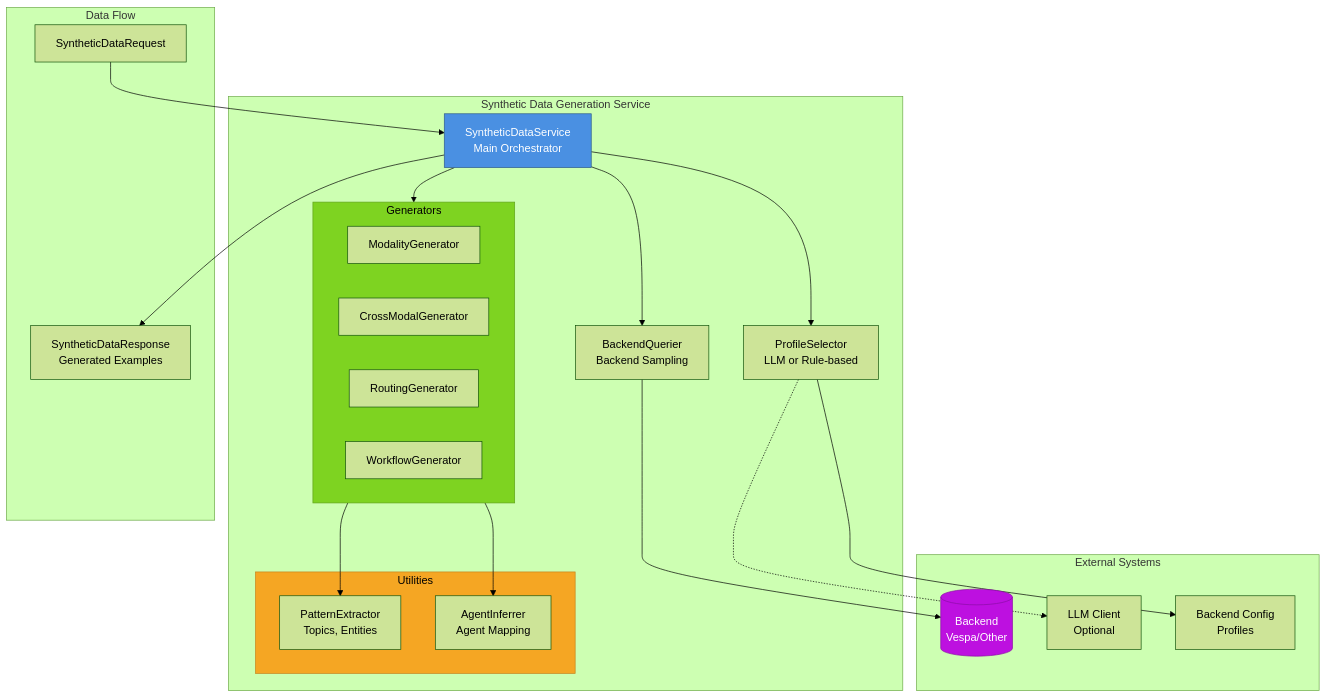
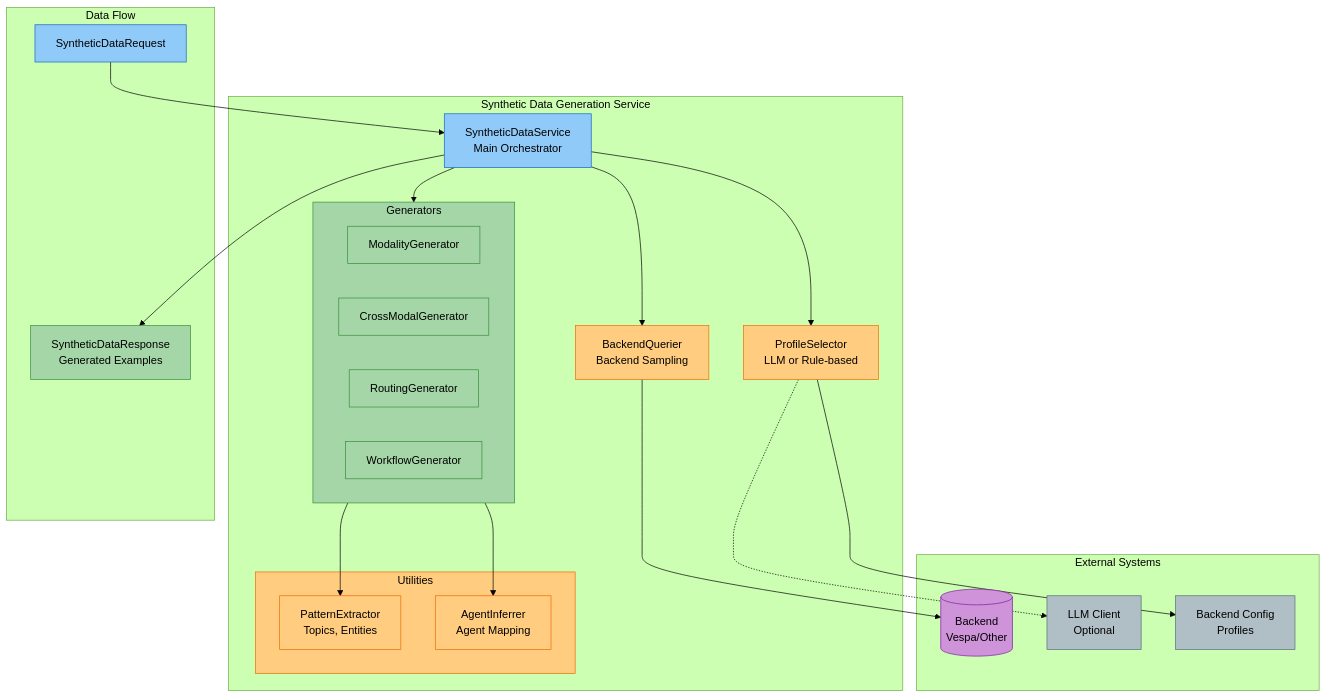
Before and after one commit to amit-jain/cogniverse: the first of 2 diagrams in docs/synthetic-data-generation.md, drawn with Mermaid (forest theme). The commit also changed other lines of this file and 83 other files, not shown here.

First line of the commit message:
Fix documentation veracity, formatting, and diagrams across all modules

````diff
--- a/docs/synthetic-data-generation.md
+++ b/docs/synthetic-data-generation.md
@@ -24,48 +24,60 @@
 ```mermaid
-graph TB
-    subgraph "Synthetic Data Generation Service"
-        Service[SyntheticDataService<br/>Main Orchestrator]
+flowchart TB
+    subgraph SyntheticService["<span style='color:#000'>Synthetic Data Generation Service</span>"]
+        Service["<span style='color:#000'>SyntheticDataService<br/>Main Orchestrator</span>"]
 
         Service --> ProfileSelector
         Service --> BackendQuerier
         Service --> Generators
 
-        ProfileSelector[ProfileSelector<br/>LLM or Rule-based]
-        BackendQuerier[BackendQuerier<br/>Backend Sampling]
+        ProfileSelector["<span style='color:#000'>ProfileSelector<br/>LLM or Rule-based</span>"]
+        BackendQuerier["<span style='color:#000'>BackendQuerier<br/>Backend Sampling</span>"]
 
-        subgraph "Generators"
-            ModalityGen[ModalityGenerator]
-            CrossModalGen[CrossModalGenerator]
-            RoutingGen[RoutingGenerator]
-            WorkflowGen[WorkflowGenerator]
+        subgraph Generators["<span style='color:#000'>Generators</span>"]
+            ModalityGen["<span style='color:#000'>ModalityGenerator</span>"]
+            CrossModalGen["<span style='color:#000'>CrossModalGenerator</span>"]
+            RoutingGen["<span style='color:#000'>RoutingGenerator</span>"]
+            WorkflowGen["<span style='color:#000'>WorkflowGenerator</span>"]
         end
 
-        subgraph "Utilities"
-            PatternExtractor[PatternExtractor<br/>Topics, Entities]
-            AgentInferrer[AgentInferrer<br/>Agent Mapping]
+        subgraph Utilities["<span style='color:#000'>Utilities</span>"]
+            PatternExtractor["<span style='color:#000'>PatternExtractor<br/>Topics, Entities</span>"]
+            AgentInferrer["<span style='color:#000'>AgentInferrer<br/>Agent Mapping</span>"]
         end
 
         Generators --> PatternExtractor
         Generators --> AgentInferrer
     end
 
-    subgraph "External Systems"
-        Backend[(Backend<br/>Vespa/Other)]
-        LLM[LLM Client<br/>Optional]
-        BackendConfig[Backend Config<br/>Profiles]
+    subgraph ExternalSystems["<span style='color:#000'>External Systems</span>"]
+        Backend[("<span style='color:#000'>Backend<br/>Vespa/Other</span>")]
+        LLM["<span style='color:#000'>LLM Client<br/>Optional</span>"]
+        BackendConfig["<span style='color:#000'>Backend Config<br/>Profiles</span>"]
     end
 
     ProfileSelector -.-> LLM
     ProfileSelector --> BackendConfig
     BackendQuerier --> Backend
 
-    subgraph "Data Flow"
-        Request[SyntheticDataRequest] --> Service
-        Service --> Response[SyntheticDataResponse<br/>Generated Examples]
+    subgraph DataFlow["<span style='color:#000'>Data Flow</span>"]
+        Request["<span style='color:#000'>SyntheticDataRequest</span>"] --> Service
+        Service --> Response["<span style='color:#000'>SyntheticDataResponse<br/>Generated Examples</span>"]
     end
 
-    style Service fill:#4A90E2,stroke:#2E5C8A,color:#fff
-    style Generators fill:#7ED321,stroke:#5FA319,color:#000
-    style Utilities fill:#F5A623,stroke:#C4841D,color:#000
-    style Backend fill:#BD10E0,stroke:#8B0CA6,color:#fff
+    style Service fill:#90caf9,stroke:#1565c0,color:#000
+    style ProfileSelector fill:#ffcc80,stroke:#ef6c00,color:#000
+    style BackendQuerier fill:#ffcc80,stroke:#ef6c00,color:#000
+    style Generators fill:#a5d6a7,stroke:#388e3c,color:#000
+    style ModalityGen fill:#a5d6a7,stroke:#388e3c,color:#000
+    style CrossModalGen fill:#a5d6a7,stroke:#388e3c,color:#000
+    style RoutingGen fill:#a5d6a7,stroke:#388e3c,color:#000
+    style WorkflowGen fill:#a5d6a7,stroke:#388e3c,color:#000
+    style Utilities fill:#ffcc80,stroke:#ef6c00,color:#000
+    style PatternExtractor fill:#ffcc80,stroke:#ef6c00,color:#000
+    style AgentInferrer fill:#ffcc80,stroke:#ef6c00,color:#000
+    style Backend fill:#ce93d8,stroke:#7b1fa2,color:#000
+    style LLM fill:#b0bec5,stroke:#546e7a,color:#000
+    style BackendConfig fill:#b0bec5,stroke:#546e7a,color:#000
+    style Request fill:#90caf9,stroke:#1565c0,color:#000
+    style Response fill:#a5d6a7,stroke:#388e3c,color:#000
 ```
````
